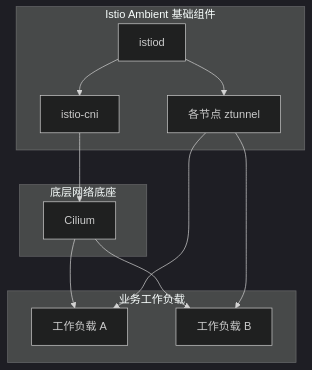
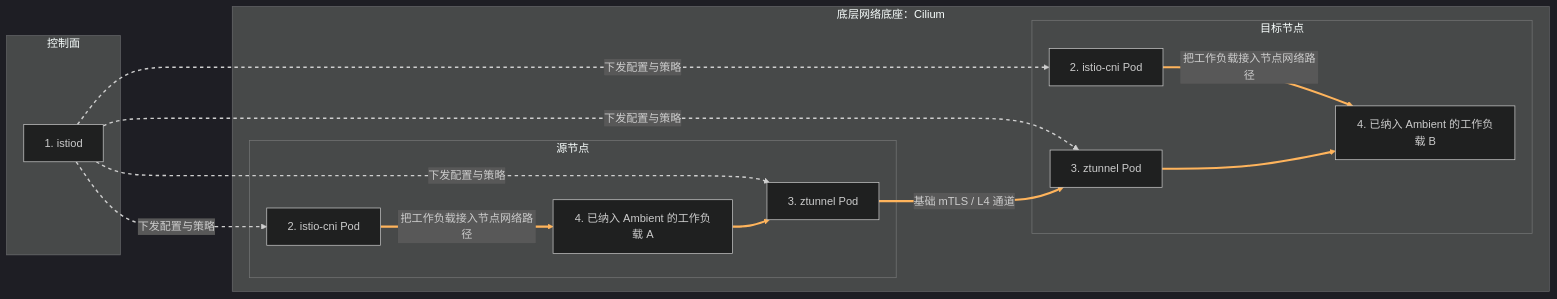
Before and after one commit to hwang-protocol/docker_k8s_2026: the first of 2 diagrams in k8s/05-security-and-zero-trust/docs/03_install_istio_ambient.md, drawn with Mermaid (dark theme). The commit also changed other lines of this file and 1 other file, not shown here.

````diff
--- a/k8s/05-security-and-zero-trust/docs/03_install_istio_ambient.md
+++ b/k8s/05-security-and-zero-trust/docs/03_install_istio_ambient.md
@@ -41,26 +41,34 @@
 ```mermaid
-flowchart TD
-    subgraph base[底层网络底座]
-        cilium[Cilium]
+flowchart LR
+    subgraph control[控制面]
+        istiod[1. istiod]
     end
 
-    subgraph ambient[Istio Ambient 基础组件]
-        istiod[istiod]
-        ztunnel[各节点 ztunnel]
-        istioCni[istio-cni]
+    subgraph base[底层网络底座：Cilium]
+        subgraph nodeA[源节点]
+            cniA[2. istio-cni Pod]
+            ztunnelA[3. ztunnel Pod]
+            workloadA[4. 已纳入 Ambient 的工作负载 A]
+        end
+
+        subgraph nodeB[目标节点]
+            cniB[2. istio-cni Pod]
+            ztunnelB[3. ztunnel Pod]
+            workloadB[4. 已纳入 Ambient 的工作负载 B]
+        end
     end
 
-    subgraph apps[业务工作负载]
-        workloadA[工作负载 A]
-        workloadB[工作负载 B]
-    end
+    istiod -. 下发配置与策略 .-> cniA
+    istiod -. 下发配置与策略 .-> ztunnelA
+    istiod -. 下发配置与策略 .-> cniB
+    istiod -. 下发配置与策略 .-> ztunnelB
 
-    cilium --> workloadA
-    cilium --> workloadB
+    cniA -->|把工作负载接入节点网络路径| workloadA
+    cniB -->|把工作负载接入节点网络路径| workloadB
+    workloadA --> ztunnelA
+    ztunnelA -->|基础 mTLS / L4 通道| ztunnelB
+    ztunnelB --> workloadB
 
-    istiod --> ztunnel
-    istiod --> istioCni
-    ztunnel --> workloadA
-    ztunnel --> workloadB
-    istioCni --> cilium
+    linkStyle 4,5,6,7,8 stroke:#ffb45c,stroke-width:3px;
+    linkStyle 0,1,2,3 stroke:#cfcfcf,stroke-width:2px,stroke-dasharray: 5 5;
 ```
````
